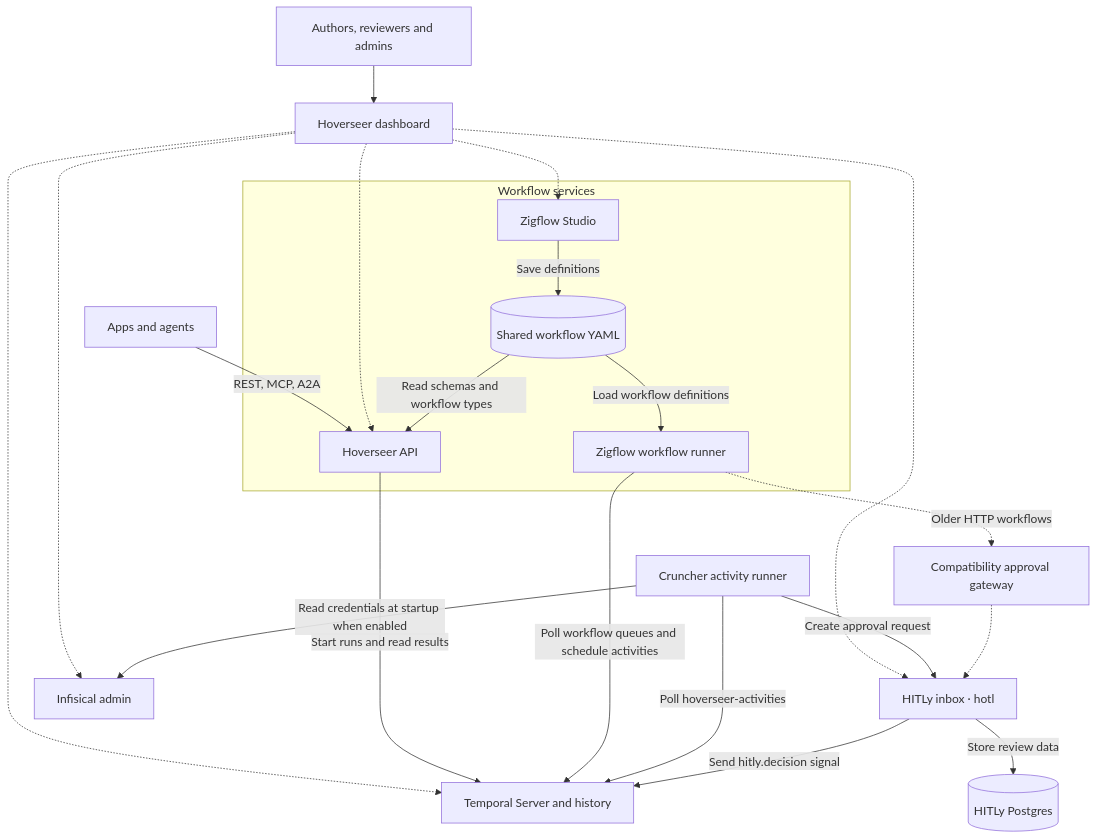
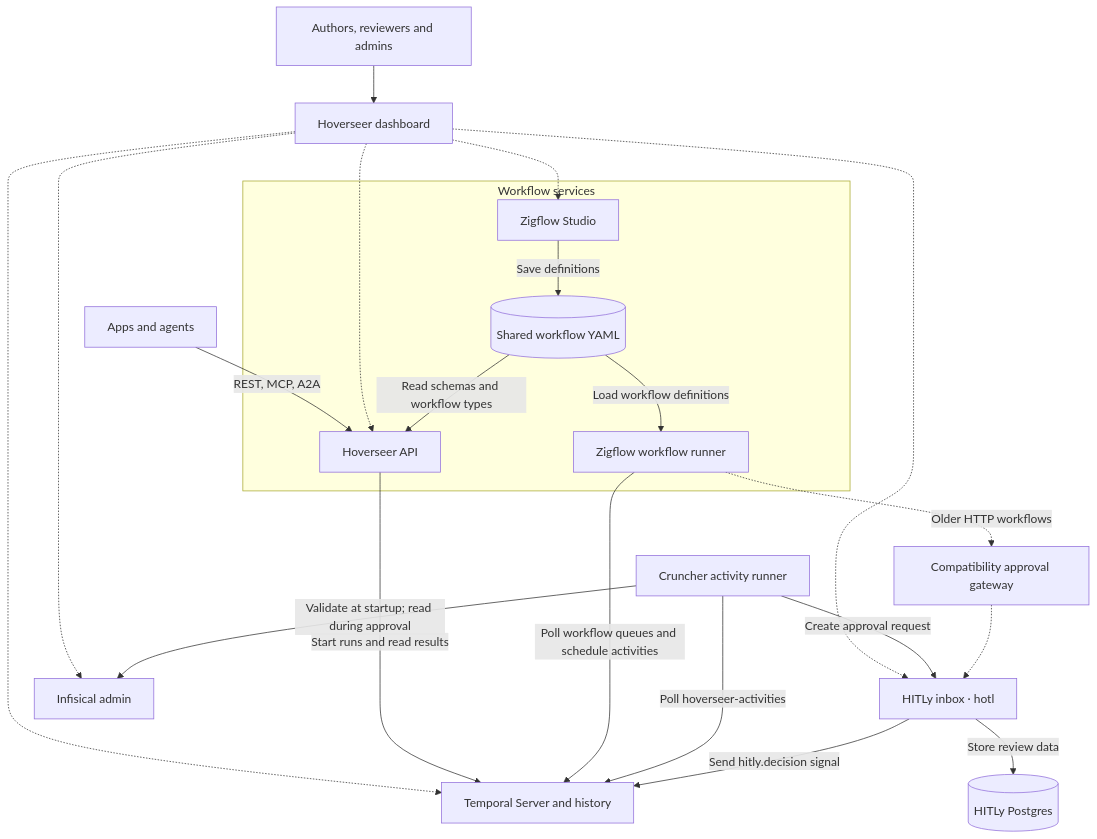
Before and after one commit to tbrandenburg/hoverseer: the second of 2 diagrams in README.md, drawn with Mermaid. The commit also changed other lines of this file and 16 other files, not shown here.

````diff
--- a/README.md
+++ b/README.md
@@ -126,30 +131,30 @@
 ```mermaid
 flowchart TD
     Callers["Apps and agents"] -->|"REST, MCP, A2A"| API
     People["Authors, reviewers and admins"] --> Dashboard["Hoverseer dashboard"]
     Dashboard -.-> Studio
     Dashboard -.-> HOTL
     Dashboard -.-> API
     Dashboard -.-> Temporal
     Dashboard -.-> Infisical["Infisical admin"]
-    Cruncher -->|"Read credentials at startup when enabled"| Infisical
+    Cruncher -->|"Validate at startup; read during approval"| Infisical
 
     subgraph Workflows["Workflow services"]
         Studio["Zigflow Studio"]
         YAML[("Shared workflow YAML")]
         API["Hoverseer API"]
         Zigflow["Zigflow workflow runner"]
         Studio -->|"Save definitions"| YAML
         YAML -->|"Read schemas and workflow types"| API
         YAML -->|"Load workflow definitions"| Zigflow
     end
 
     API -->|"Start runs and read results"| Temporal["Temporal Server and history"]
     Zigflow -->|"Poll workflow queues and schedule activities"| Temporal
     Cruncher["Cruncher activity runner"] -->|"Poll hoverseer-activities"| Temporal
     Cruncher -->|"Create approval request"| HOTL["HITLy inbox · hotl"]
     HOTL -->|"Send hitly.decision signal"| Temporal
     HOTL -->|"Store review data"| Postgres[("HITLy Postgres")]
     Zigflow -.->|"Older HTTP workflows"| Gateway["Compatibility approval gateway"]
     Gateway -.-> HOTL
 ```
````
